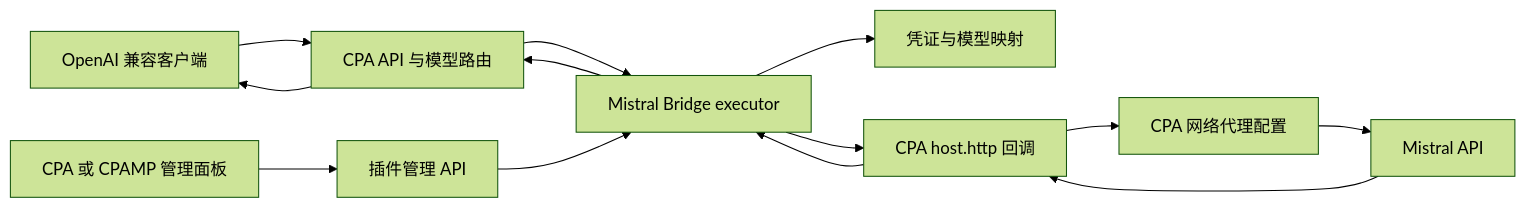
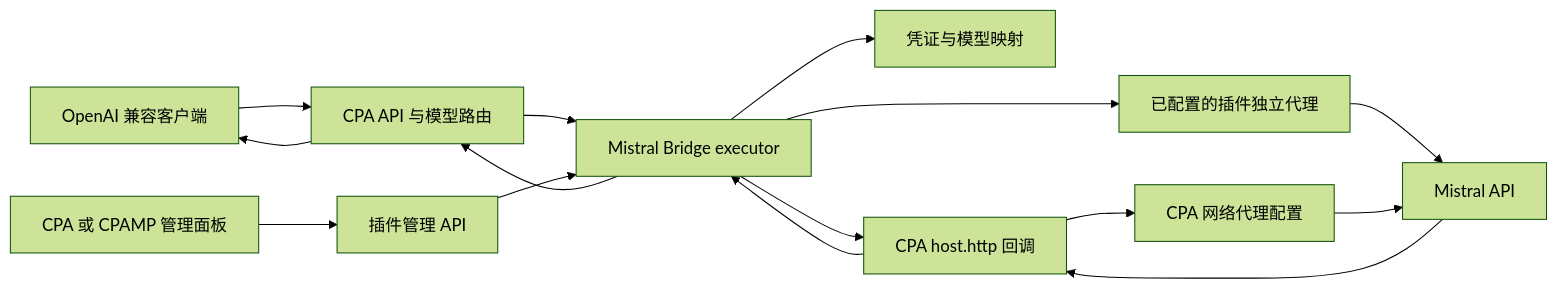
One commit to RzMY/MistralBridge changed the diagram in docs/technical-design.md. Above: the diagram before and after it, drawn with Mermaid (forest theme). The commit also changed other lines of this file and 11 other files, not shown here.

````diff
--- a/docs/technical-design.md
+++ b/docs/technical-design.md
@@ -13,15 +13,17 @@
 ```mermaid
 flowchart LR
     Client[OpenAI 兼容客户端] --> CPA[CPA API 与模型路由]
     CPA --> Plugin[Mistral Bridge executor]
     Plugin --> State[凭证与模型映射]
     Plugin --> HostHTTP[CPA host.http 回调]
+    Plugin --> IndependentProxy[已配置的插件独立代理]
+    IndependentProxy --> Mistral
     HostHTTP --> Proxy[CPA 网络代理配置]
     Proxy --> Mistral[Mistral API]
     Mistral --> HostHTTP
     HostHTTP --> Plugin
     Plugin --> CPA
     CPA --> Client
     Panel[CPA 或 CPAMP 管理面板] --> Management[插件管理 API]
     Management --> Plugin
 ```
````
